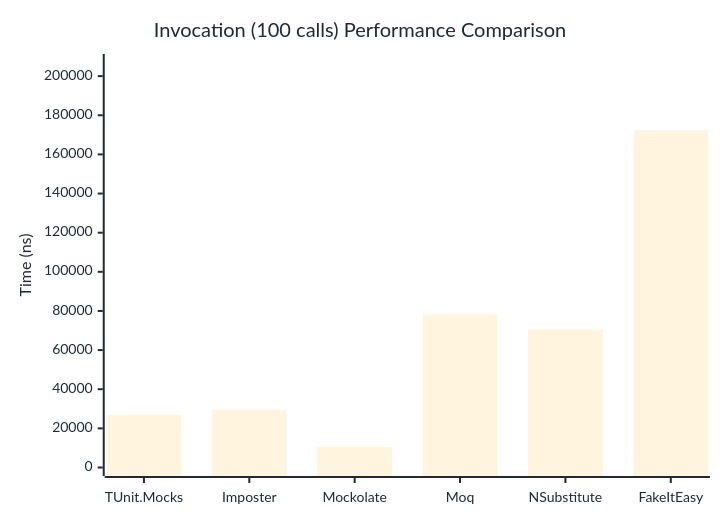
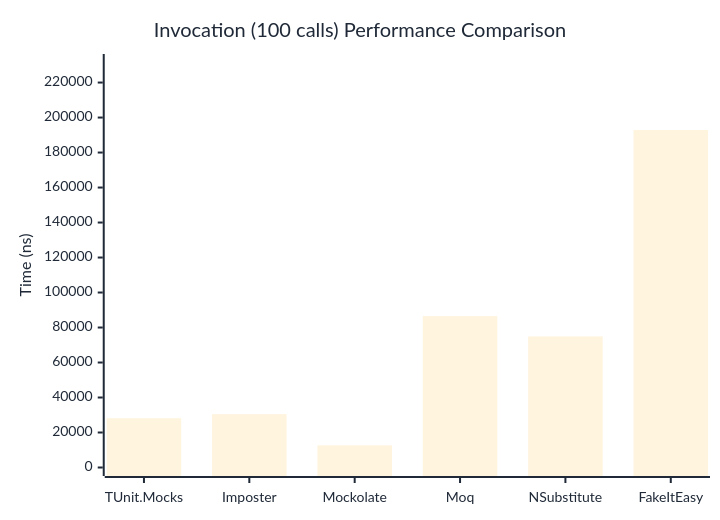
One commit to thomhurst/TUnit changed the third of 3 diagrams in docs/docs/benchmarks/mocks/Invocation.md. Above: the diagram before and after it, drawn with Mermaid. The commit also changed other lines of this file and 14 other files, not shown here.

````diff
--- a/docs/docs/benchmarks/mocks/Invocation.md
+++ b/docs/docs/benchmarks/mocks/Invocation.md
@@ -112,27 +112,27 @@
 ```mermaid
 %%{init: {
   'theme':'base',
   'themeVariables': {
     'primaryColor': '#2563eb',
     'primaryTextColor': '#1f2937',
     'primaryBorderColor': '#1e40af',
     'lineColor': '#6b7280',
     'secondaryColor': '#7c3aed',
     'tertiaryColor': '#dc2626',
     'background': '#ffffff',
     'pie1': '#2563eb',
     'pie2': '#7c3aed',
     'pie3': '#dc2626',
     'pie4': '#f59e0b',
     'pie5': '#10b981',
     'pie6': '#06b6d4',
     'pie7': '#ec4899',
     'pie8': '#6366f1'
   }
 }}%%
 xychart-beta
   title "Invocation (100 calls) Performance Comparison"
   x-axis ["TUnit.Mocks", "Imposter", "Mockolate", "Moq", "NSubstitute", "FakeItEasy"]
-  y-axis "Time (ns)" 0 --> 206967
-  bar [26812.18, 29466.17, 10551.18, 78241.31, 70529.92, 172471.85]
+  y-axis "Time (ns)" 0 --> 231457
+  bar [28133.1, 30478.6, 12661, 86517, 74900.2, 192880.1]
 ```
````
